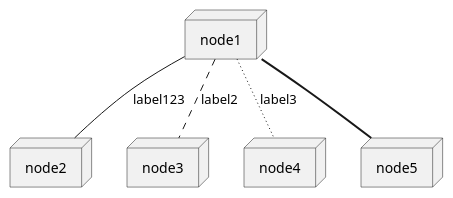
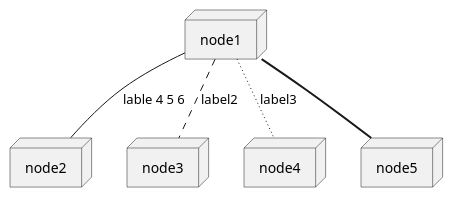
One commit to mrduguo/asciidoctor.org changed the diagram in docs/asciidoctor-diagram.adoc. Above: the diagram before and after it, drawn with PlantUML.

```diff
--- a/docs/asciidoctor-diagram.adoc
+++ b/docs/asciidoctor-diagram.adoc
@@ -19,15 +19,15 @@
 [plantuml, plantuml-diagram, png]
 ....
 
 node node1
 node node2
 node node3
 node node4
 node node5
-node1 -- node2 : label123
+node1 -- node2 : lable 4 5 6
 node1 .. node3 : label2
 node1 ~~ node4 : label3
 node1 == node5
 
 
 ....
```
